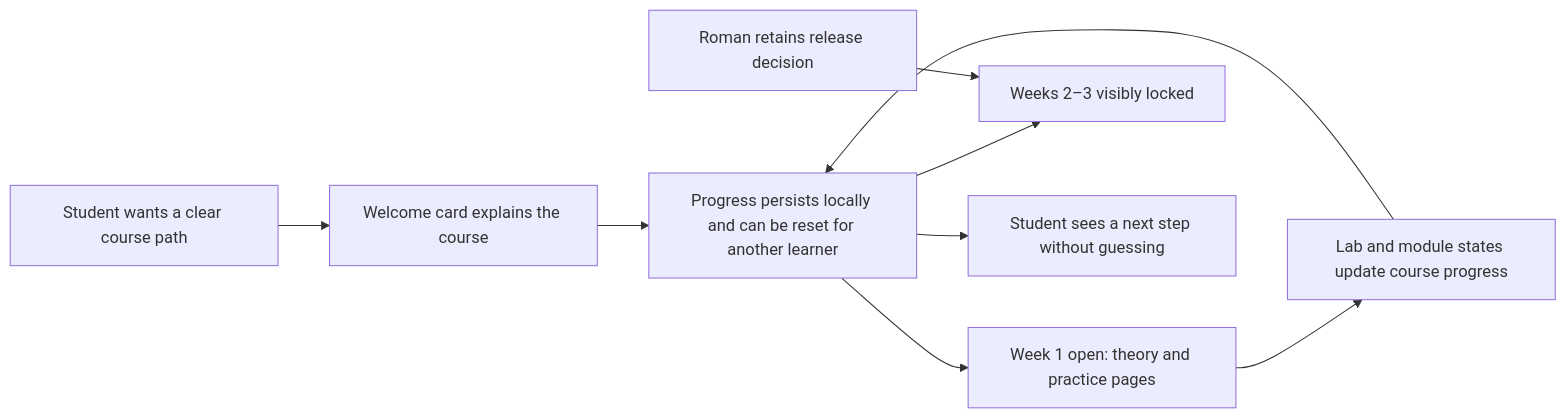
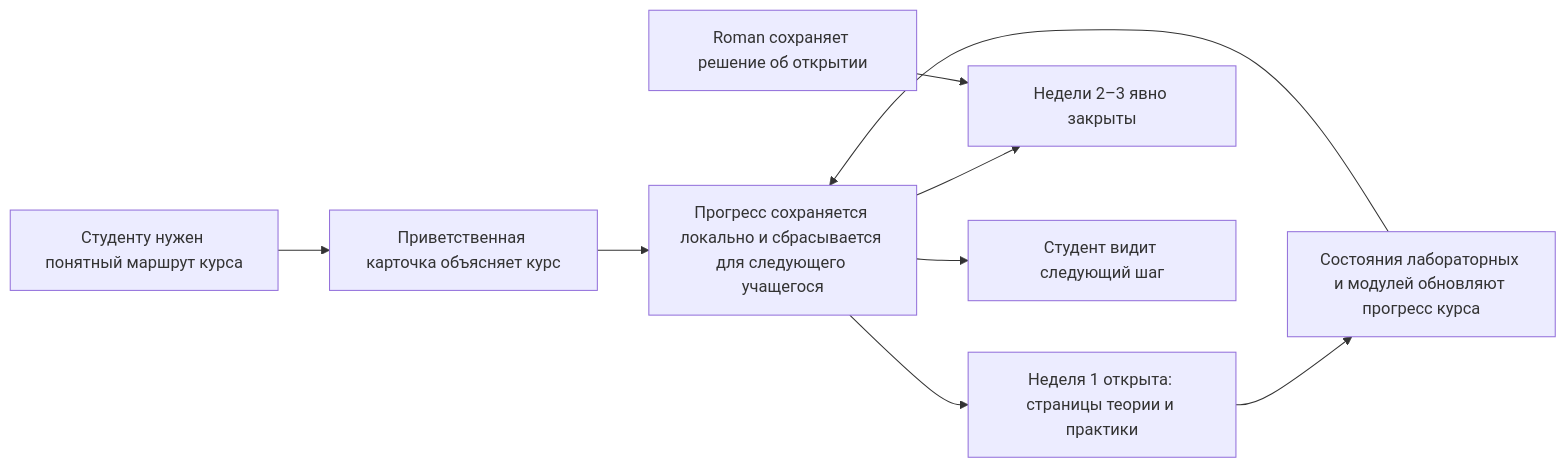
The diagram in workspace/2026/OOP_20261015-164702_WEB/HL-OOP_20261015-164702_WEB.md (MeltedOperator/OOP_site), drawn with Mermaid before and after one commit. The commit also changed other lines of this file and 2 other files, not shown here.

````diff
--- a/workspace/2026/OOP_20261015-164702_WEB/HL-OOP_20261015-164702_WEB.md
+++ b/workspace/2026/OOP_20261015-164702_WEB/HL-OOP_20261015-164702_WEB.md
@@ -69,11 +69,11 @@
 ```mermaid
 flowchart LR
-    U[Student wants a clear course path] --> W[Welcome card explains the course]
-    W --> R[Three-week route shows sequence and availability]
-    R --> A[Week 1 open: theory and practice pages]
-    R --> L[Weeks 2–3 visibly locked]
-    A --> P[Lab and module states update course progress]
-    O[Roman retains release decision] --> L
-    P --> R[Progress persists locally and can be reset for another learner]
-    R --> N[Student sees a next step without guessing]
+    U[Студенту нужен понятный маршрут курса] --> W[Приветственная карточка объясняет курс]
+    W --> R[Маршрут на три недели показывает порядок и доступность]
+    R --> A[Неделя 1 открыта: страницы теории и практики]
+    R --> L[Недели 2–3 явно закрыты]
+    A --> P[Состояния лабораторных и модулей обновляют прогресс курса]
+    O[Roman сохраняет решение об открытии] --> L
+    P --> R[Прогресс сохраняется локально и сбрасывается для следующего учащегося]
+    R --> N[Студент видит следующий шаг]
 ```
````
